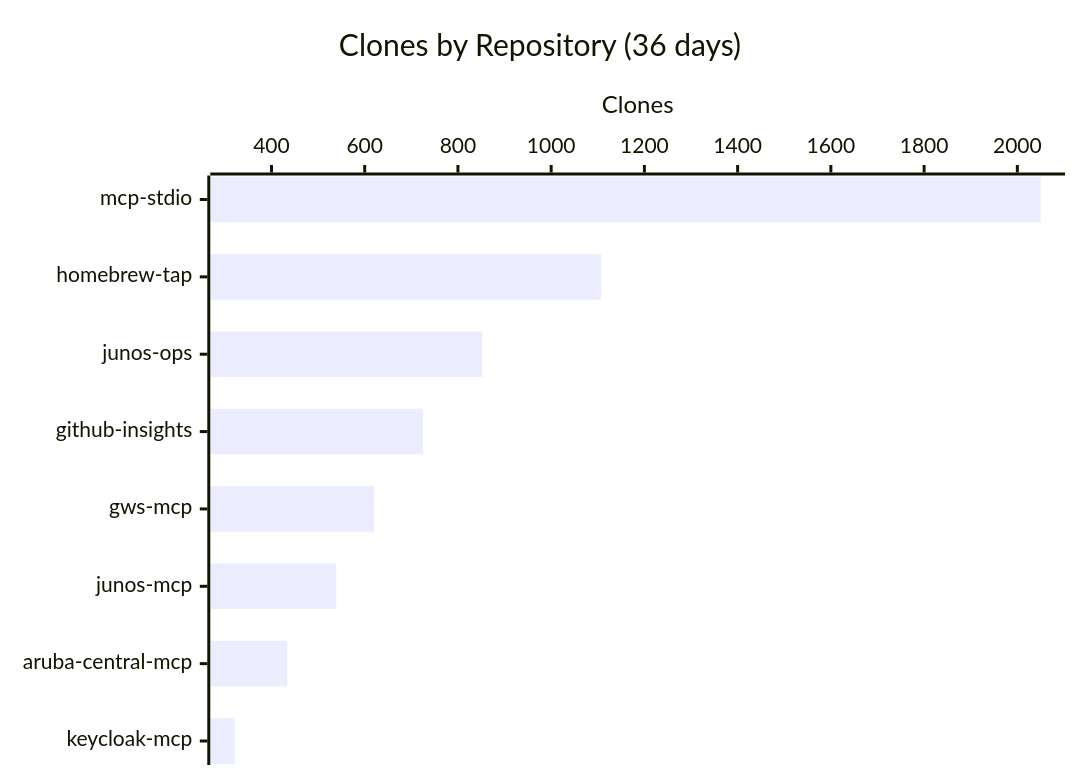
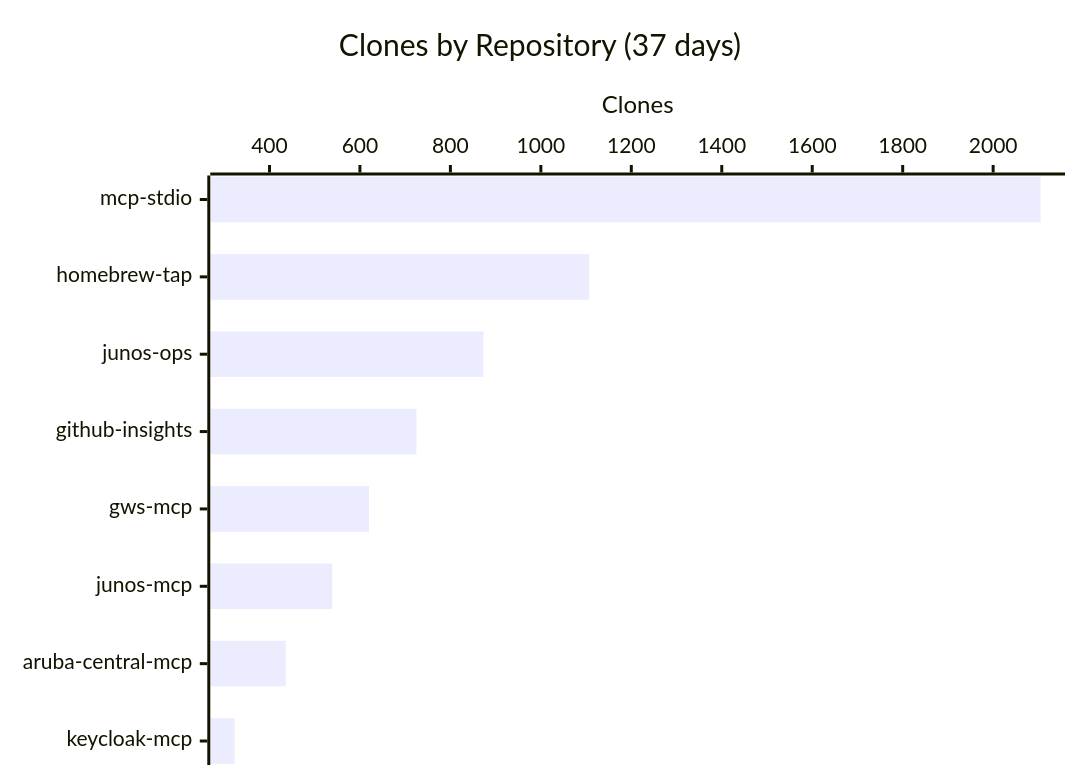
Before and after one commit to shigechika/github-insights: the third of 3 diagrams in README.md, drawn with Mermaid. The commit also changed other lines of this file and 1 other file, not shown here.

````diff
--- a/README.md
+++ b/README.md
@@ -34,7 +34,7 @@
 ```mermaid
 xychart-beta horizontal
-    title "Clones by Repository (36 days)"
+    title "Clones by Repository (37 days)"
     x-axis ["mcp-stdio", "homebrew-tap", "junos-ops", "github-insights", "gws-mcp", "junos-mcp", "aruba-central-mcp", "keycloak-mcp"]
     y-axis "Clones"
-    bar [2050, 1107, 852, 725, 620, 539, 434, 321]
+    bar [2105, 1107, 873, 725, 620, 539, 436, 323]
 ```
````
